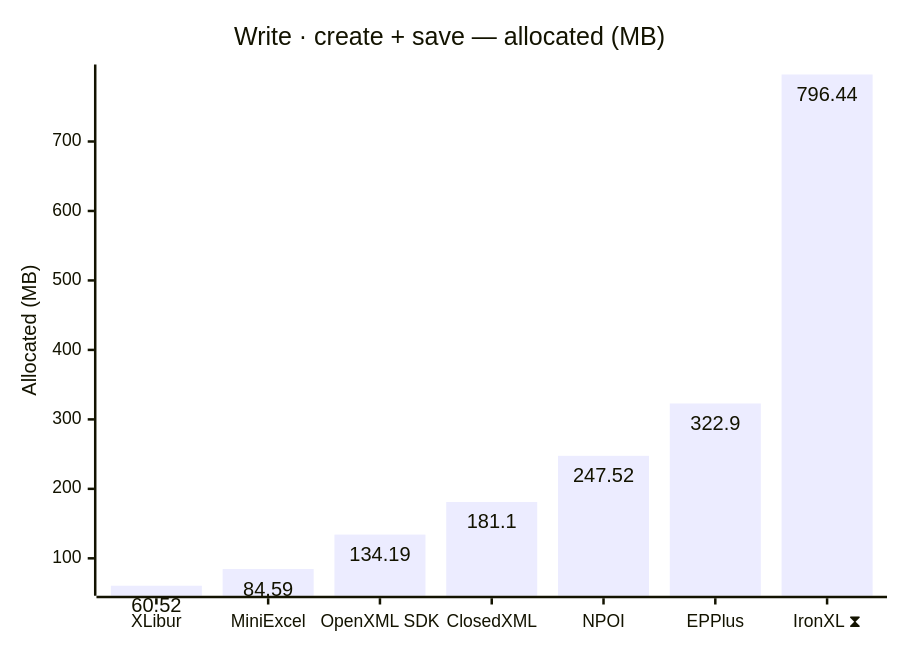
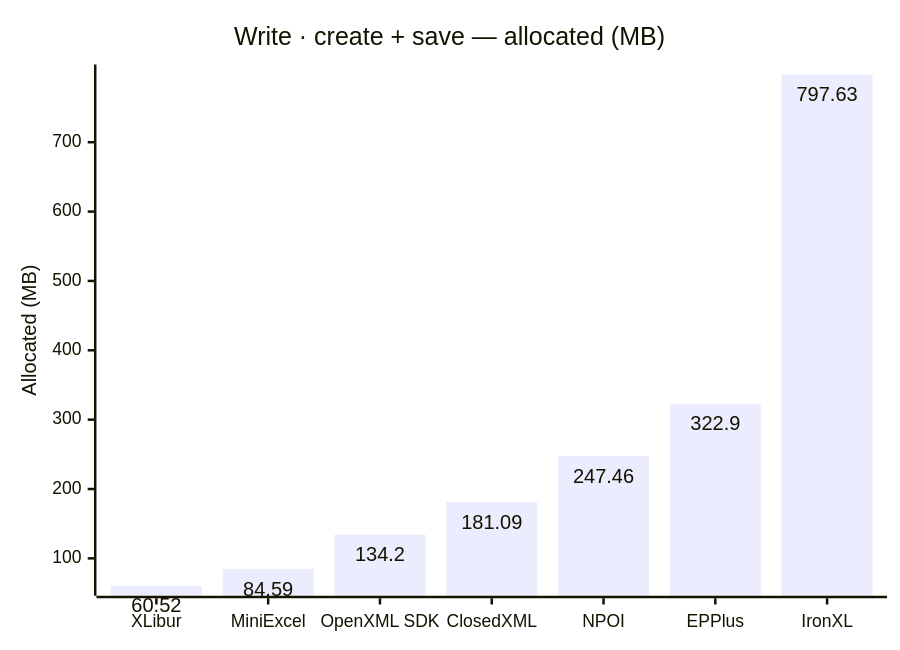
One commit to jafin/XLBench changed the sixth of 10 diagrams in docs/results.md. Above: the diagram before and after it, drawn with Mermaid. The commit also changed other lines of this file and 3 other files, not shown here.

````diff
--- a/docs/results.md
+++ b/docs/results.md
@@ -104,12 +100,12 @@
 ```mermaid
 ---
 config:
   xyChart:
     showDataLabel: true
 ---
 xychart-beta
     title "Write · create + save — allocated (MB)"
-    x-axis ["XLibur", "MiniExcel", "OpenXML SDK", "ClosedXML", "NPOI", "EPPlus", "IronXL ⧗"]
+    x-axis ["XLibur", "MiniExcel", "OpenXML SDK", "ClosedXML", "NPOI", "EPPlus", "IronXL"]
     y-axis "Allocated (MB)"
-    bar [60.52, 84.59, 134.19, 181.1, 247.52, 322.9, 796.44]
+    bar [60.52, 84.59, 134.2, 181.09, 247.46, 322.9, 797.63]
 ```
````
